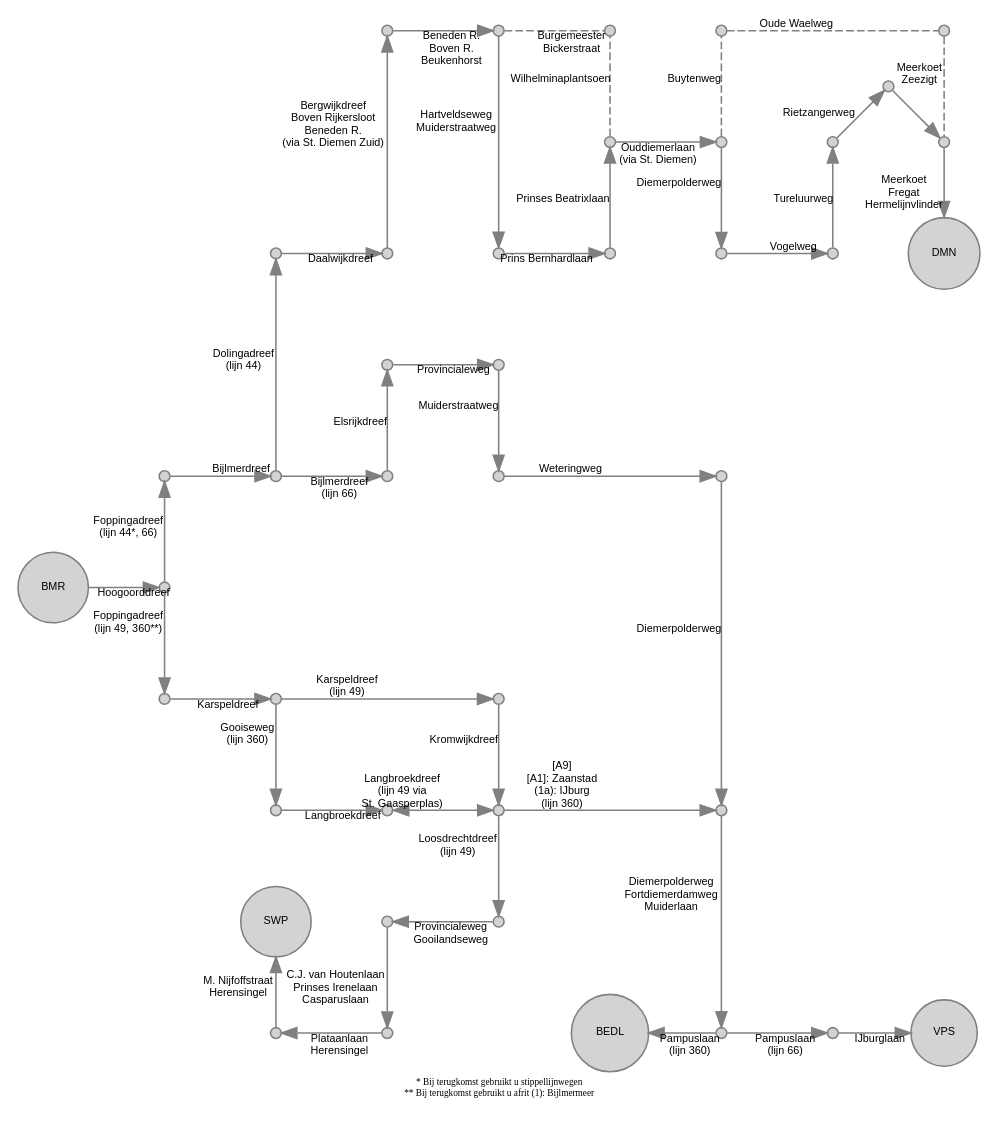
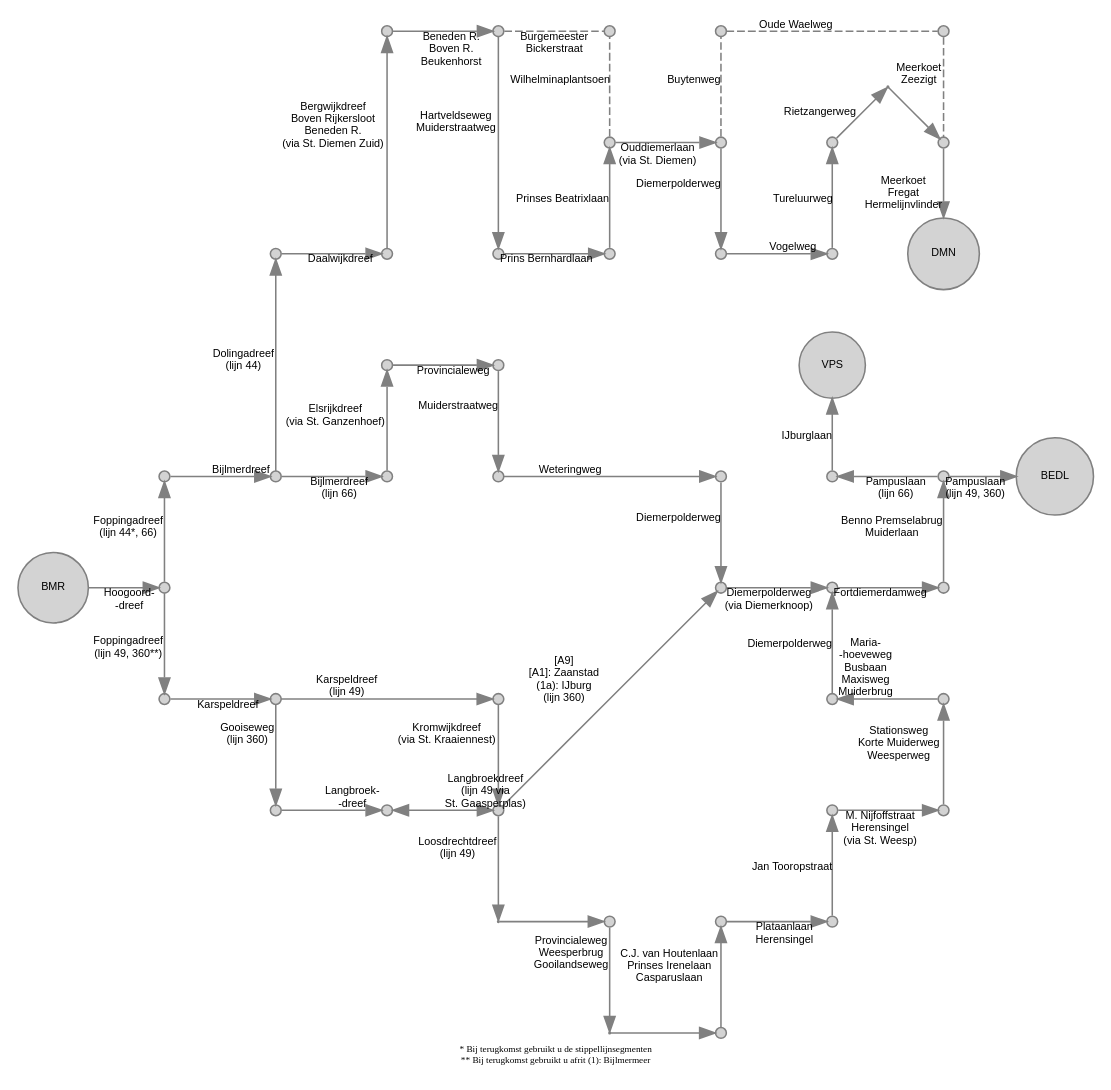
Before and after one commit to JacekPardyak/bus: the diagram in gvb/gvb_BMR.gv, drawn with Graphviz. The commit also changed 26 other files, not shown here.

```diff
--- a/gvb/gvb_BMR.gv
+++ b/gvb/gvb_BMR.gv
@@ -1,138 +1,166 @@
 digraph G {
   layout = neato
   node [shape = circle, style = filled, fillcolor = lightgray, color = gray, height=0.1, label = "", fontsize = 7, fontname = "Arial"]
   edge [color = gray, fontsize = 7, fontname = "Arial"]
   4900 [pos = "0, 0!", label = "BMR"]
   4901 [pos = "1, 0!"]
   4902 [pos = "1,-1!"]
   4903 [pos = "2,-1!"]
   4904 [pos = "4,-1!"]
   4905 [pos = "4,-2!"]
-  4906 [pos = "4,-3!"]
-  4907 [pos = "3,-3!"]
-  4908 [pos = "3,-4!"]
-  4909 [pos = "2,-4!"]
-  4910 [pos = "2,-3!", label = "SWP"]
+  4906 [pos = "5,-3!"]
+  4907 [pos = "5,-4!", height=0.01]
+  4908 [pos = "6,-4!"]
+  4909 [pos = "6,-3!"]
+  4910 [pos = "7,-3!"]
+  4911 [pos = "7,-2!"]
+  4912 [pos = "8,-2!"]
+  4913 [pos = "8,-1!"]
+  4914 [pos = "7,-1!"]
+  4915 [pos = "7, 0!"]
+  4916 [pos = "8, 0!"]
+  4917 [pos = "4,-3!", height=0.01]
 
   6601 [pos = "1, 1!"]
   6602 [pos = "3, 1!"]
   6603 [pos = "3, 2!"]
   6604 [pos = "4, 2!"]
   6605 [pos = "4, 1!"]
   6606 [pos = "6, 1!"]
-  6607 [pos = "6,-2!"]
-  6608 [pos = "6,-4!"]
-  6609 [pos = "7,-4!"]
-  6610 [pos = "8,-4!", label = "VPS"]
+  6607 [pos = "6, 0!"]
+  6608 [pos = " 8, 1!"]
+  6609 [pos = " 7, 1!"]
+  6610 [pos = " 7, 2!", label = "VPS"]
 
   36001 [pos = "2,-2!"]
   36002 [pos = "3,-2!"]
-  36003 [pos = "5,-4!", label = "BEDL"]
+  36003 [pos = " 9, 1!", label = "BEDL"]
   
   4401 [pos = "2, 1!"]
   4402 [pos = "2, 3!"]
   4403 [pos = "3, 3!"]
   4404 [pos = "3, 5!"]
   4405 [pos = "4, 5!"]
   4406 [pos = "4, 3!"]
   4407 [pos = "5, 3!"]
   4408 [pos = "5, 4!"]
   4409 [pos = "6, 4!"]
   4410 [pos = "6, 3!"]
   4411 [pos = "7, 3!"]
   4412 [pos = "7, 4!"]
-  4413 [pos = "7.5, 4.5!"]
+  4413 [pos = "7.5, 4.5!", height=0.01]
   4415 [pos = "8, 3!", label = "DMN"]
   4416 [pos = "5, 5!"]
   4417 [pos = "6, 5!"]
   4418 [pos = "8, 5!"]
   4419 [pos = "8, 4!"]
   
   4408 -> 4416 [label = "Wilhelminaplantsoen", style = dashed, dir = "none"]
-  4405 -> 4416 [label = "Burgemeester
-Bickerstraat", style = dashed, dir = "none"]
+  4405 -> 4416 [label = "Burgemeester 
+ Bickerstraat", style = dashed, dir = "none"]
   4409 -> 4417 [label = "Buytenweg", style = dashed, dir = "none"]
   4417 -> 4418 [label = "Oude Waelweg", style = dashed, dir = "none"]
   4418 -> 4419 [label = "Meerkoet 
  Zeezigt", style = dashed, dir = "none"]
 
-  4900 -> 4901 [label = "Hoogoorddreef"]
+  4900 -> 4901 [label = "Hoogoord- 
+ -dreef"]
   4901 -> 4902 [label = "Foppingadreef 
  (lijn 49, 360**)"]
   4902 -> 4903 [label = "Karspeldreef"]
   4903 -> 4904 [label = "Karspeldreef 
  (lijn 49)"]
-  4904 -> 4905 [label = "Kromwijkdreef"]
-  4905 -> 4906 [label = "Loosdrechtdreef 
+  4904 -> 4905 [label = "Kromwijkdreef 
+ (via St. Kraaiennest)"]
+  4905 -> 4917 [label = "Loosdrechtdreef 
  (lijn 49)"]
+  4917 -> 4906 [label = ""]
   4906 -> 4907 [label = "Provincialeweg 
+ Weesperbrug 
  Gooilandseweg"]
-  4907 -> 4908 [label = "C.J. van Houtenlaan 
+  4907 -> 4908 [label = ""]
+  4908 -> 4909 [label = "C.J. van Houtenlaan 
  Prinses Irenelaan 
  Casparuslaan"]
-  4908 -> 4909 [label = "Plataanlaan 
+  4909 -> 4910 [label = "Plataanlaan 
  Herensingel"]
-  4909 -> 4910 [label = "M. Nijfoffstraat 
- Herensingel"]
+  4910 -> 4911 [label = "Jan Tooropstraat"]
+  4911 -> 4912 [label = "M. Nijfoffstraat 
+ Herensingel 
+ (via St. Weesp)"]
+  4912 -> 4913 [label = "Stationsweg 
+ Korte Muiderweg 
+ Weesperweg"]
+  4913 -> 4914 [label = "Maria- 
+ -hoeveweg 
+ Busbaan 
+ Maxisweg 
+ Muiderbrug"]
+  4914 -> 4915 [label = "Diemerpolderweg"]
+  4915 -> 4916 [label = "Fortdiemerdamweg"]
+  4916 -> 6608 [label = "Benno Premselabrug 
+ Muiderlaan"]
+  
 
   4903 -> 36001 [label = "Gooiseweg 
  (lijn 360)"]
-  36001 -> 36002 [label = "Langbroekdreef"]
+  36001 -> 36002 [label = "Langbroek- 
+ -dreef"]
   36002 -> 4905 [dir = "both", label = "Langbroekdreef 
- (lijn 49 via
-St. Gaasperplas)"]
+ (lijn 49 via 
+ St. Gaasperplas)"]
 
   4901 -> 6601 [label = "Foppingadreef 
  (lijn 44*, 66)"]
   6601 -> 4401 [label = "Bijlmerdreef"]
   4401 -> 6602 [label = "Bijlmerdreef 
  (lijn 66)"]
   4401 -> 4402 [label = "Dolingadreef 
  (lijn 44)"]
   4402 -> 4403 [label = "Daalwijkdreef"]
   4403 -> 4404 [label = "Bergwijkdreef 
  Boven Rijkersloot 
  Beneden R. 
  (via St. Diemen Zuid)"]
   4404 -> 4405 [label = "Beneden R. 
- Boven R. 
+ Boven R.
  Beukenhorst"]
   4405 -> 4406 [label = "Hartveldseweg 
  Muiderstraatweg"]
   4406 -> 4407 [label = "Prins Bernhardlaan"]
   4407 -> 4408 [label = "Prinses Beatrixlaan"]
-  4408 -> 4409 [label = "Ouddiemerlaan
+  4408 -> 4409 [label = "Ouddiemerlaan 
  (via St. Diemen)"]
   4409 -> 4410 [label = "Diemerpolderweg"]
   4410 -> 4411 [label = "Vogelweg"]
   4411 -> 4412 [label = "Tureluurweg"]
   4412 -> 4413 [label = "Rietzangerweg"]
   4413 -> 4419
   4419 -> 4415 [label = "Meerkoet 
  Fregat 
  Hermelijnvlinder"]
   
-  6602 -> 6603 [label = "Elsrijkdreef"]
+  6602 -> 6603 [label = "Elsrijkdreef 
+ (via St. Ganzenhoef)"]
   6603 -> 6604 [label = "Provincialeweg"]
   6604 -> 6605 [label = "Muiderstraatweg"]
   6605 -> 6606 [label = "Weteringweg"]
 
   6606 -> 6607 [label = "Diemerpolderweg"]
-  6607 -> 6608 [label = "Diemerpolderweg 
- Fortdiemerdamweg 
- Muiderlaan"]
+  6607 -> 4915 [label = "Diemerpolderweg 
+ (via Diemerknoop)"]
   6608 -> 36003 [label = "Pampuslaan 
- (lijn 360)"]
+ (lijn 49, 360)"]
   6608 -> 6609 [label = "Pampuslaan 
  (lijn 66)"]
   6609 -> 6610 [label = "IJburglaan"]
   4905 -> 6607 [label = "[A9] 
  [A1]: Zaanstad 
  (1a): IJburg 
  (lijn 360)"]
   
   labelloc="b"
-  label="* Bij terugkomst gebruikt u stippellijnwegen 
+  label="* Bij terugkomst gebruikt u de stippellijnsegmenten 
  ** Bij terugkomst gebruikt u afrit (1): Bijlmermeer"
   fontsize=6
 }
```
